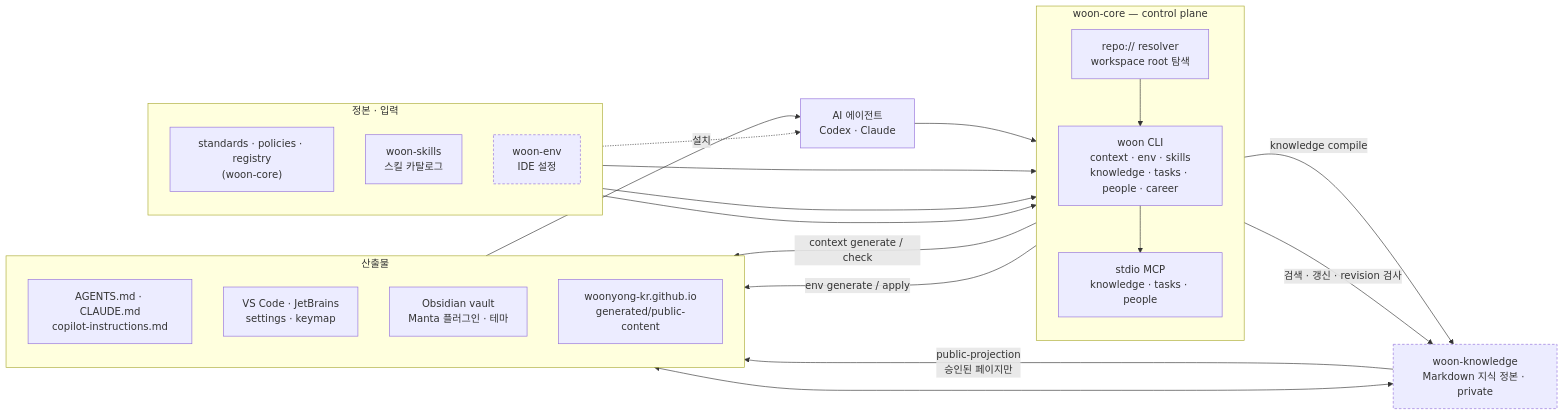
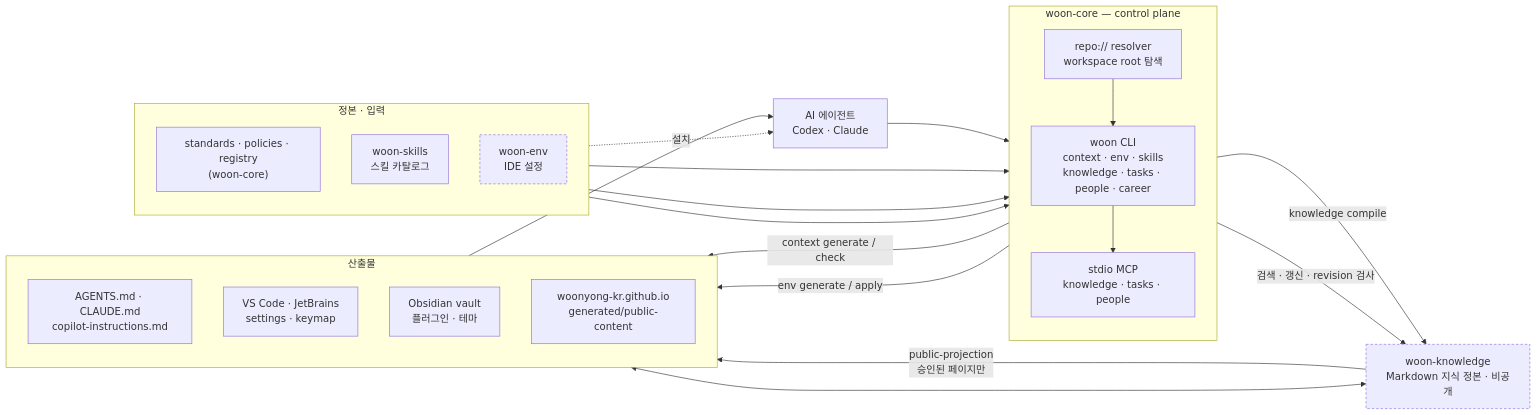
Before and after one commit to woonyong-choi/woon-core: the diagram in README.md, drawn with Mermaid. The commit also changed other lines of this file and 2 other files, not shown here.

````diff
--- a/README.md
+++ b/README.md
@@ -72,46 +60,46 @@
 ```mermaid
 flowchart LR
     subgraph src["정본 · 입력"]
         direction TB
         STD["standards · policies · registry<br/>(woon-core)"]
         SKILLS["woon-skills<br/>스킬 카탈로그"]
         ENV["woon-env<br/>IDE 설정"]
     end
 
     subgraph plane["woon-core — control plane"]
         direction TB
         RES["repo:// resolver<br/>workspace root 탐색"]
         CLI["woon CLI<br/>context · env · skills<br/>knowledge · tasks · people · career"]
         MCP["stdio MCP<br/>knowledge · tasks · people"]
     end
 
-    KNOW["woon-knowledge<br/>Markdown 지식 정본 · private"]
+    KNOW["woon-knowledge<br/>Markdown 지식 정본 · 비공개"]
 
     subgraph out["산출물"]
         direction TB
         INSTR["AGENTS.md · CLAUDE.md<br/>copilot-instructions.md"]
         IDE["VS Code · JetBrains<br/>settings · keymap"]
-        OBS["Obsidian vault<br/>Manta 플러그인 · 테마"]
+        OBS["Obsidian vault<br/>플러그인 · 테마"]
         PAGES["woonyong-kr.github.io<br/>generated/public-content"]
     end
 
     AGENT["AI 에이전트<br/>Codex · Claude"]
 
     STD --> RES
     SKILLS --> RES
     ENV --> RES
     RES --> CLI
     CLI --> MCP
     CLI -- "context generate / check" --> INSTR
     CLI -- "env generate / apply" --> IDE
     CLI -- "knowledge compile" --> KNOW
     MCP -- "검색 · 갱신 · revision 검사" --> KNOW
     KNOW -- "public-projection<br/>승인된 페이지만" --> PAGES
     KNOW <--> OBS
     INSTR --> AGENT
     SKILLS -. "설치" .-> AGENT
     AGENT --> MCP
 
     classDef privateNode stroke-dasharray: 4 3
     class ENV,KNOW privateNode
 ```
````
